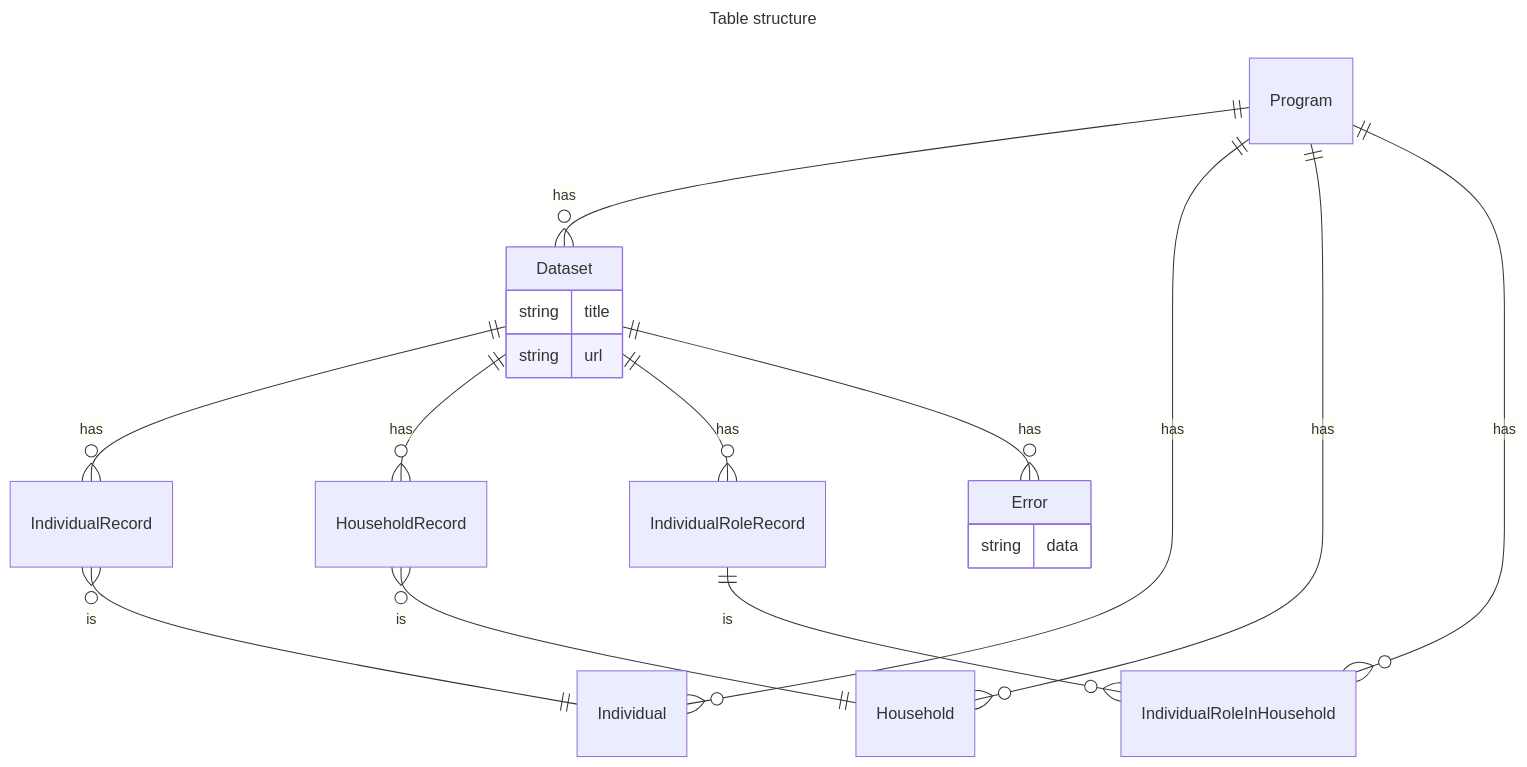
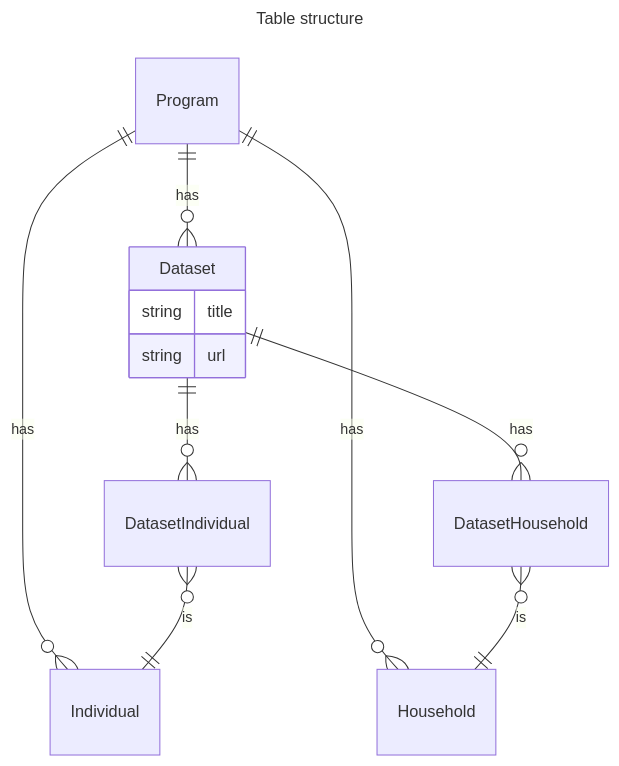
Before and after one commit to unicef/hope-country-workspace: the fourth of 4 diagrams in README.md, drawn with Mermaid. The commit also changed other lines of this file, not shown here.

Commit message:
Update schemas

````diff
--- a/README.md
+++ b/README.md
@@ -72,27 +63,18 @@
 ```mermaid
 ---
 title: Table structure
 ---
 erDiagram
     Dataset {
         string title
         string url
     }
-    
-    Error {
-        string data
-    }
-    
+
     Program ||--o{ Dataset: has
     Program ||--o{ Individual: has
     Program ||--o{ Household: has
-    Program ||--o{ IndividualRoleInHousehold: has
- 
-    Dataset ||--o{ IndividualRecord: has
-    IndividualRecord }o--|| Individual: is
-    Dataset ||--o{ HouseholdRecord: has
-    HouseholdRecord }o--|| Household: is
-    Dataset ||--o{ IndividualRoleRecord: has
-    IndividualRoleRecord ||--o{ IndividualRoleInHousehold: is
-    Dataset ||--o{ Error: has
+    Dataset ||--o{ DatasetIndividual: has
+    DatasetIndividual }o--|| Individual: is
+    Dataset ||--o{ DatasetHousehold: has
+    DatasetHousehold }o--|| Household: is
 ```
````
